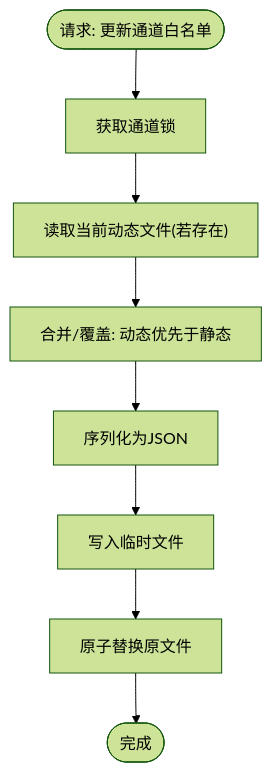
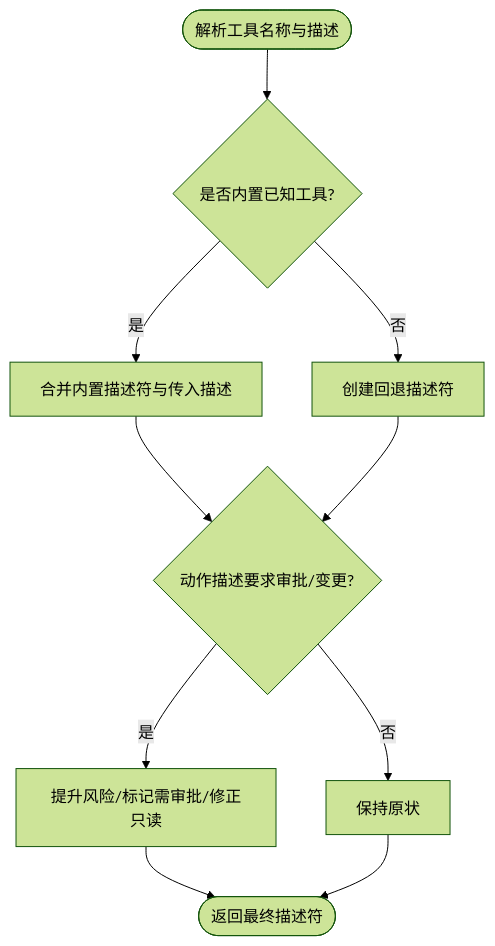
The seventh of 8 diagrams in .qoder/repowiki/zh/content/工具系统/工具安全策略.md (wayyet/kingcrab), drawn with Mermaid (forest theme) before and after one commit. The commit also changed other lines of this file and 431 other files, not shown here.

````diff
--- a/.qoder/repowiki/zh/content/工具系统/工具安全策略.md
+++ b/.qoder/repowiki/zh/content/工具系统/工具安全策略.md
@@ -252,10 +294,12 @@
 ```mermaid
 flowchart TD
-Req(["请求: 更新通道白名单"]) --> Gate["获取通道锁"]
-Gate --> ReadCur["读取当前动态文件(若存在)"]
-ReadCur --> Merge["合并/覆盖: 动态优先于静态"]
-Merge --> Serialize["序列化为JSON"]
-Serialize --> WriteTmp["写入临时文件"]
-WriteTmp --> Rename["原子替换原文件"]
-Rename --> Done(["完成"])
+Req(["解析工具名称与描述"]) --> Known{"是否内置已知工具?"}
+Known -- 是 --> Merge["合并内置描述符与传入描述"]
+Known -- 否 --> Fallback["创建回退描述符"]
+Merge --> Enhance{"动作描述要求审批/变更?"}
+Fallback --> Enhance
+Enhance -- 是 --> Adjust["提升风险/标记需审批/修正只读"]
+Enhance -- 否 --> Keep["保持原状"]
+Adjust --> Out(["返回最终描述符"])
+Keep --> Out
 ```
````
